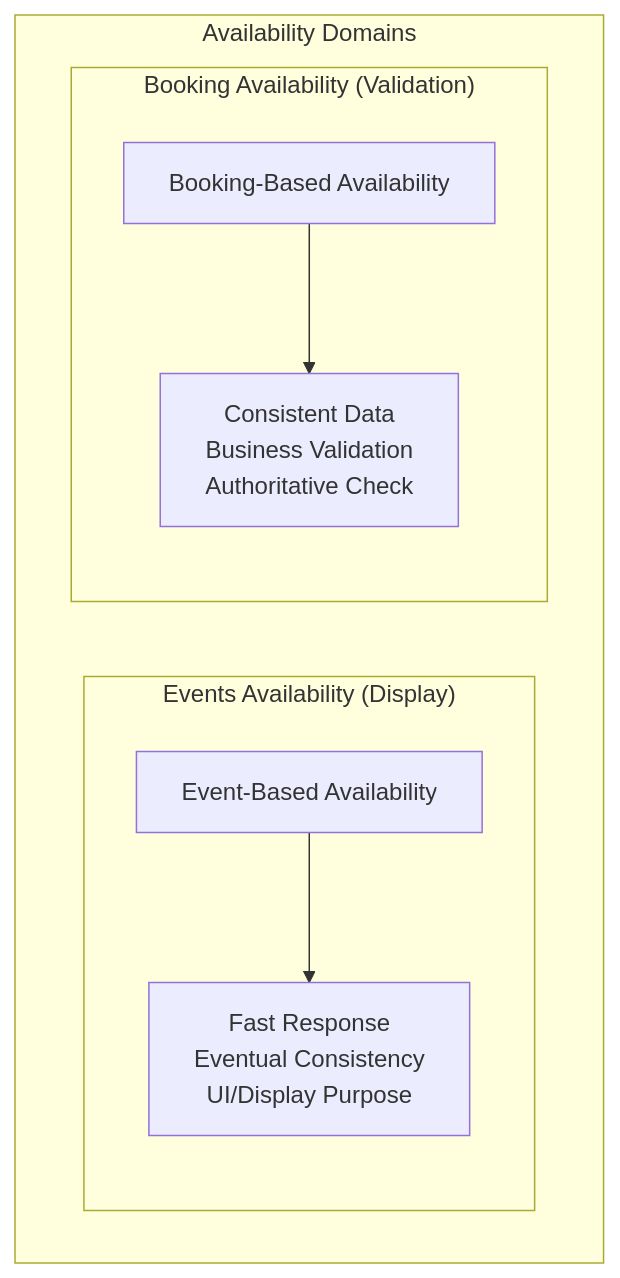
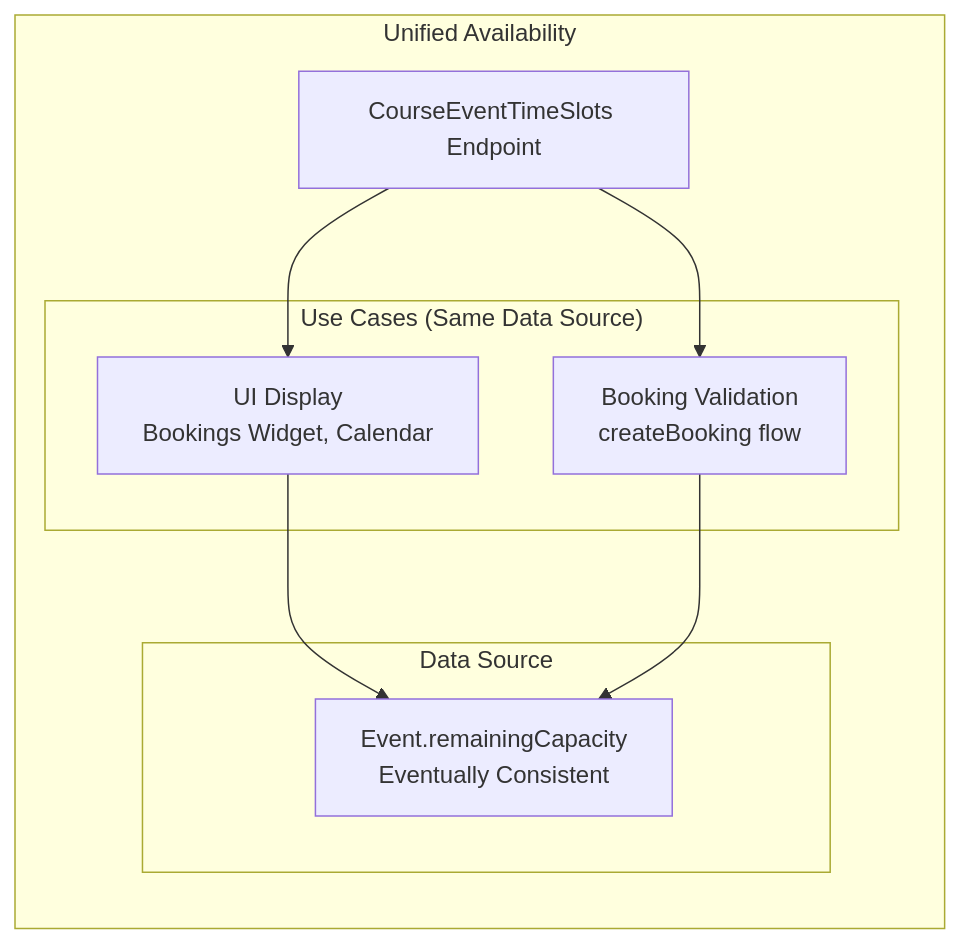
The first of 12 diagrams in Service-Availabilty/Course Availability Design - COMPLETE.md (TamirCohen-Wix/Tamir-Learning), drawn with Mermaid before and after one commit. The commit also changed other lines of this file and 1 other file, not shown here.

````diff
--- a/Service-Availabilty/Course Availability Design - COMPLETE.md
+++ b/Service-Availabilty/Course Availability Design - COMPLETE.md
@@ -31,18 +50,21 @@
 ```mermaid
 flowchart TB
-    subgraph "Availability Domains"
-        direction LR
-        subgraph "Events Availability (Display)"
-            EA[Event-Based Availability]
-            EA_P[Fast Response<br/>Eventual Consistency<br/>UI/Display Purpose]
+    subgraph "Unified Availability"
+        direction TB
+        EP[CourseEventTimeSlots Endpoint]
+        
+        subgraph "Use Cases (Same Data Source)"
+            UI[UI Display<br/>Bookings Widget, Calendar]
+            VAL[Booking Validation<br/>createBooking flow]
         end
         
-        subgraph "Booking Availability (Validation)"
-            BA[Booking-Based Availability]
-            BA_P[Consistent Data<br/>Business Validation<br/>Authoritative Check]
+        subgraph "Data Source"
+            EV[Event.remainingCapacity<br/>Eventually Consistent]
         end
     end
     
-    EA --> EA_P
-    BA --> BA_P
+    EP --> UI
+    EP --> VAL
+    UI --> EV
+    VAL --> EV
 ```
````
